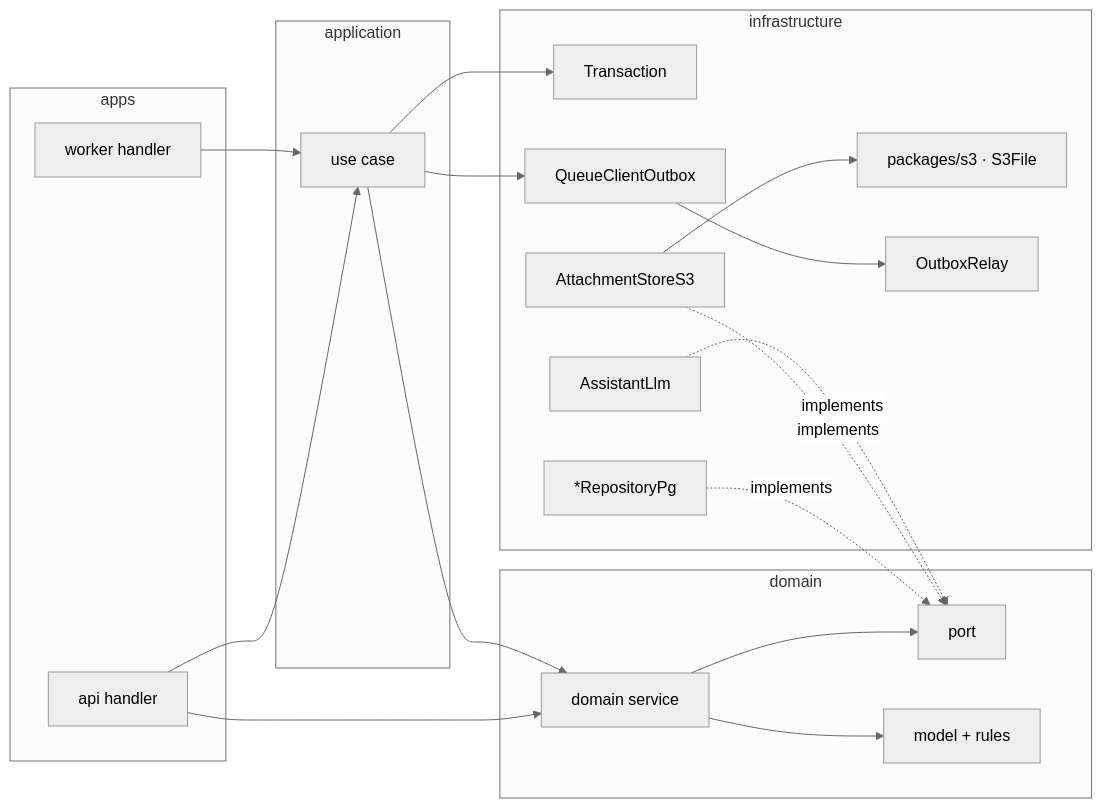
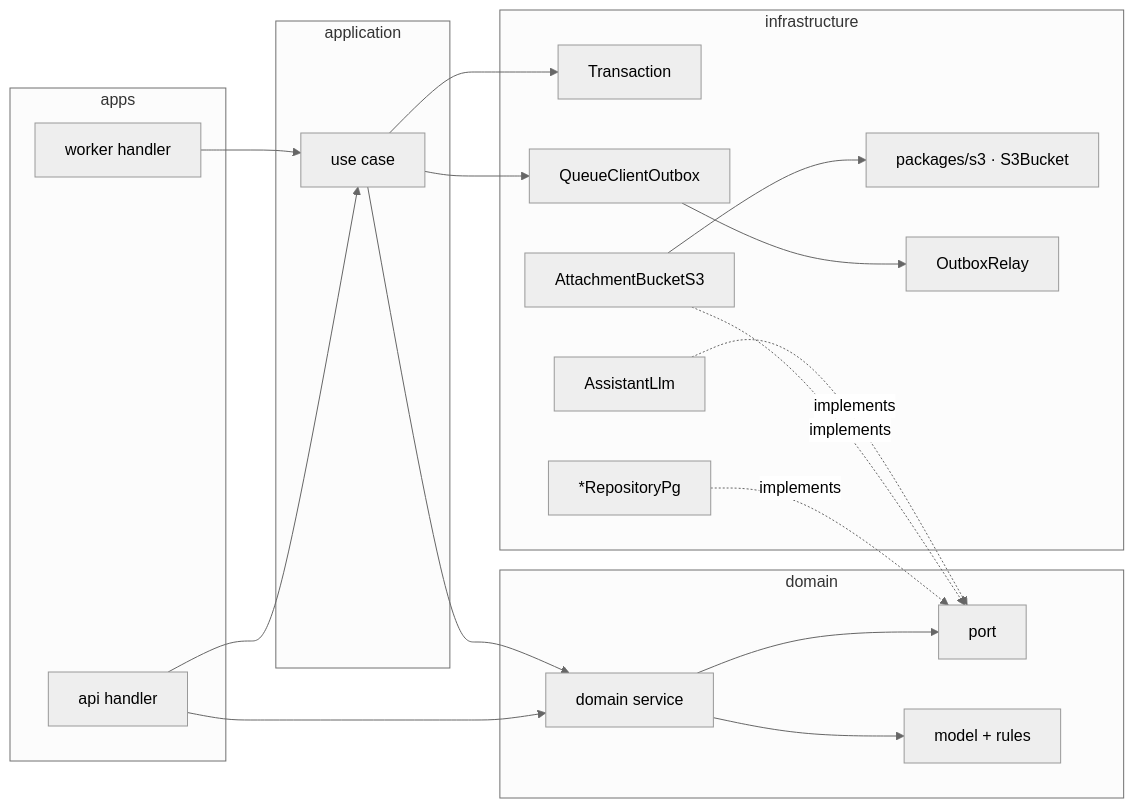
Before and after one commit to khotei/app-template: the diagram in docs/tickets/2026-10-27-1433_architecture-audit/architecture.md, drawn with Mermaid (neutral theme). The commit also changed other lines of this file and 2 other files, not shown here.

````diff
--- a/docs/tickets/2026-10-27-1433_architecture-audit/architecture.md
+++ b/docs/tickets/2026-10-27-1433_architecture-audit/architecture.md
@@ -15,30 +15,30 @@
 ```mermaid
 graph LR
   subgraph apps
     api["api handler"]
     worker["worker handler"]
   end
   subgraph application
     uc["use case"]
   end
   subgraph domain
     svc["domain service"] --> port["port"]
     svc --> model["model + rules"]
   end
   subgraph infrastructure
     tx["Transaction"]
     repo["*RepositoryPg"]
-    store["AttachmentStoreS3"] --> s3["packages/s3 · S3File"]
+    bucket["AttachmentBucketS3"] --> s3["packages/s3 · S3Bucket"]
     llm["AssistantLlm"]
     outbox["QueueClientOutbox"] --> relay["OutboxRelay"]
   end
   api --> uc
   api --> svc
   worker --> uc
   uc --> svc
   uc --> tx
   uc --> outbox
   repo -. implements .-> port
-  store -. implements .-> port
+  bucket -. implements .-> port
   llm -. implements .-> port
 ```
````
